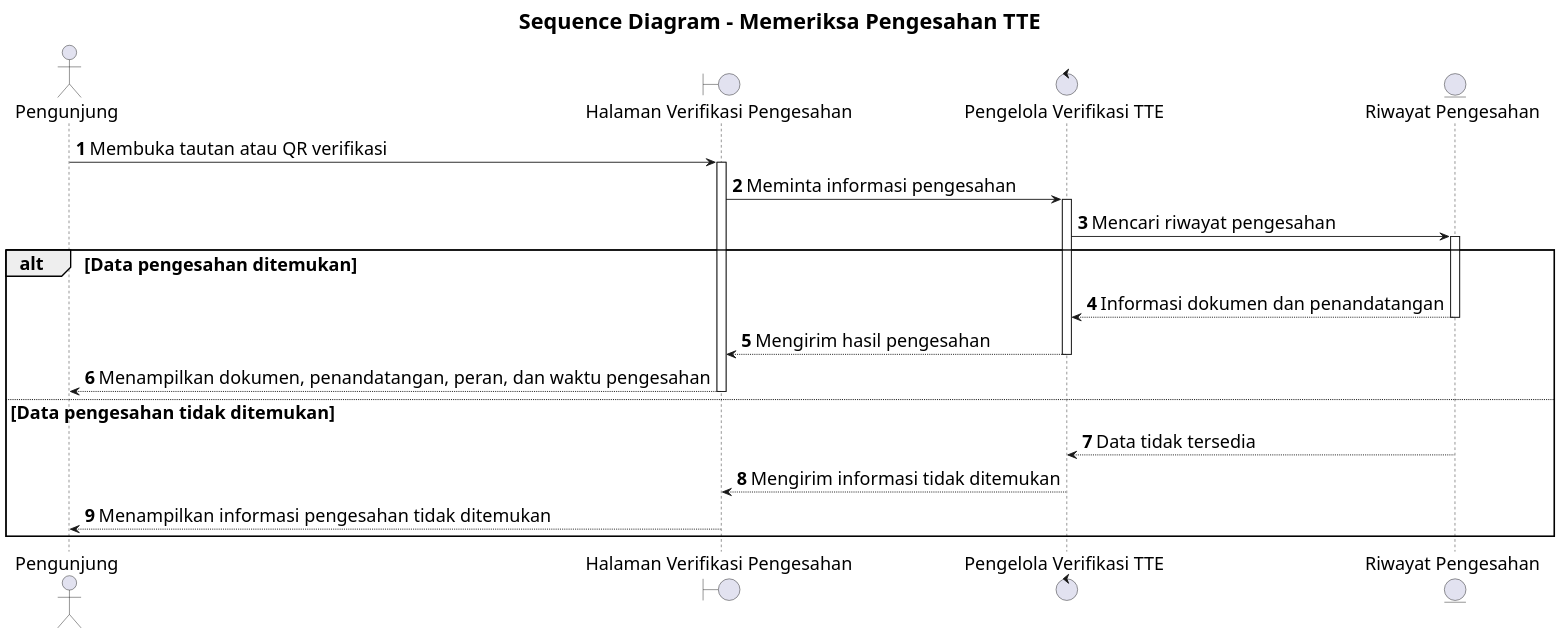
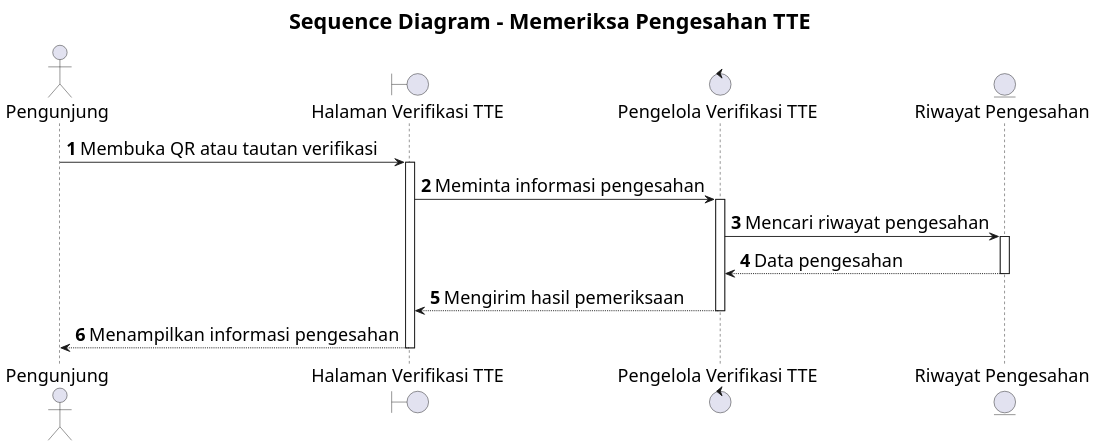
One commit to howlil/sop-generate-app changed the diagram in docs/sequence/lampiran/pengunjung-memeriksa-pengesahan-tte.md. Above: the diagram before and after it, drawn with PlantUML. The commit also changed other lines of this file and 20 other files, not shown here.

Commit message:
docs(sequence): simplify interaction detail across use cases

````diff
--- a/docs/sequence/lampiran/pengunjung-memeriksa-pengesahan-tte.md
+++ b/docs/sequence/lampiran/pengunjung-memeriksa-pengesahan-tte.md
@@ -16,31 +16,24 @@
 ```plantuml
 @startuml
 skinparam defaultFontSize 20
 skinparam titleFontSize 24
 skinparam dpi 160
 
 title Sequence Diagram - Memeriksa Pengesahan TTE
 autonumber
 autoactivate on
 
 actor "Pengunjung" as A
-boundary "Halaman Verifikasi Pengesahan" as B
+boundary "Halaman Verifikasi TTE" as B
 control "Pengelola Verifikasi TTE" as C
 entity "Riwayat Pengesahan" as D
 
-A -> B : Membuka tautan atau QR verifikasi
+A -> B : Membuka QR atau tautan verifikasi
 B -> C : Meminta informasi pengesahan
 C -> D : Mencari riwayat pengesahan
-
-alt Data pengesahan ditemukan
-  D --> C : Informasi dokumen dan penandatangan
-  C --> B : Mengirim hasil pengesahan
-  B --> A : Menampilkan dokumen, penandatangan, peran, dan waktu pengesahan
-else Data pengesahan tidak ditemukan
-  D --> C : Data tidak tersedia
-  C --> B : Mengirim informasi tidak ditemukan
-  B --> A : Menampilkan informasi pengesahan tidak ditemukan
-end
+D --> C : Data pengesahan
+C --> B : Mengirim hasil pemeriksaan
+B --> A : Menampilkan informasi pengesahan
 
 @enduml
 ```
````
